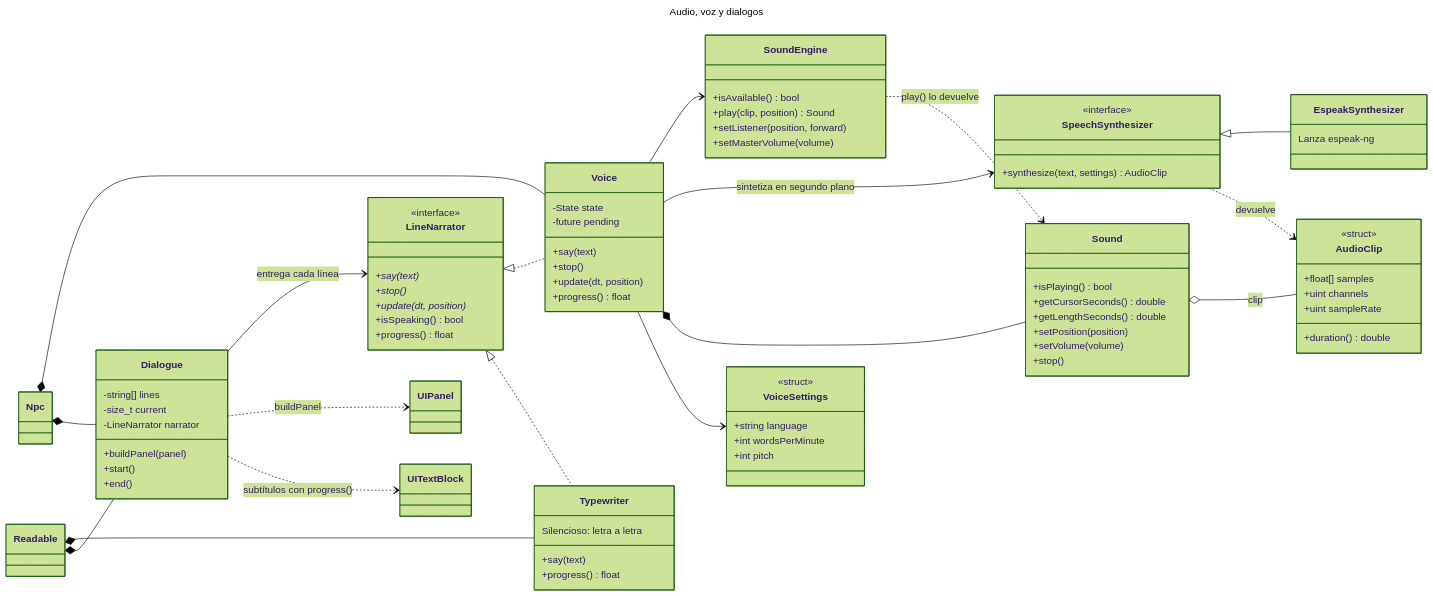
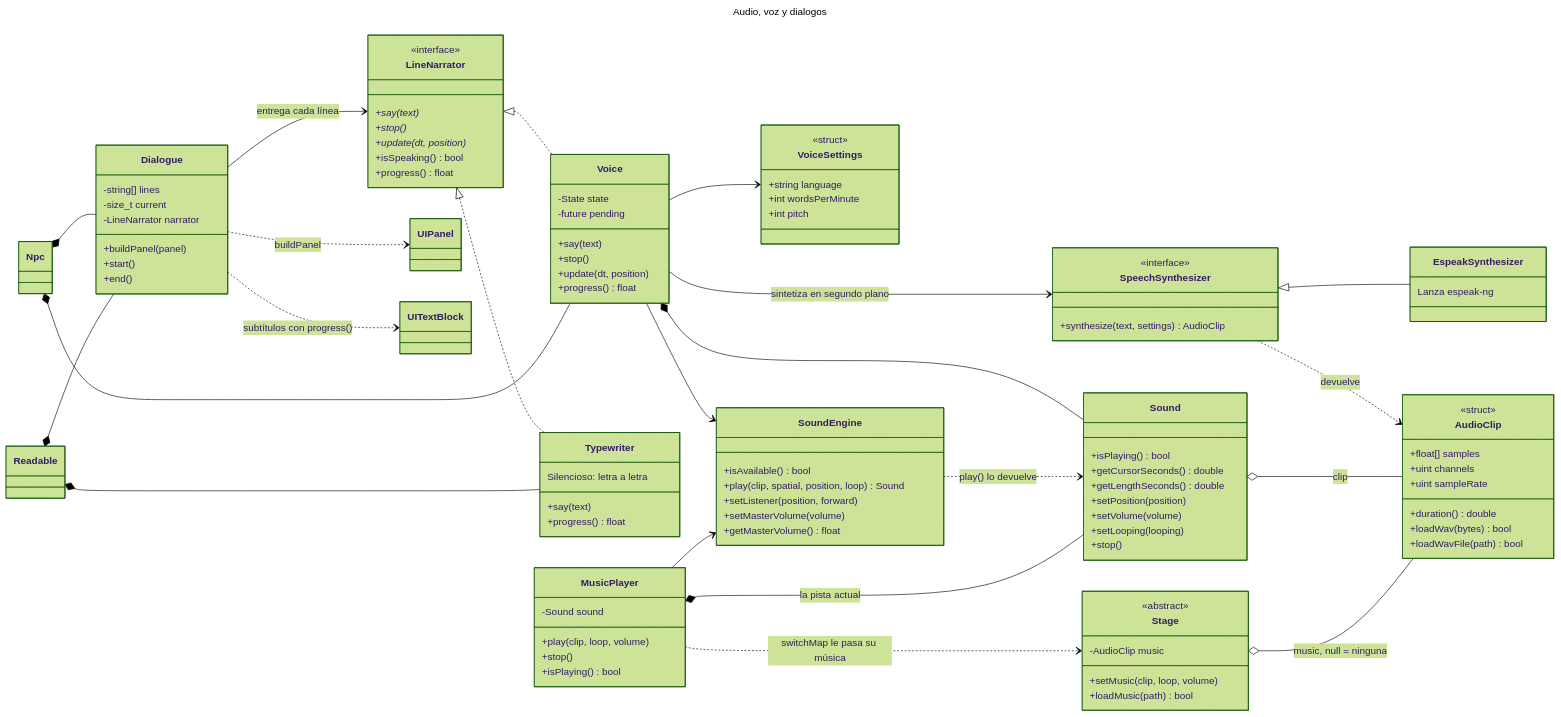
The sixth of 11 diagrams in docs/UML.md (Joselitus/3Dengine), drawn with Mermaid (forest theme) before and after one commit. The commit also changed other lines of this file and 40 other files, not shown here.

```diff
--- a/docs/UML.md
+++ b/docs/UML.md
@@ -743,9 +772,10 @@
     }
     class SoundEngine {
         +isAvailable() bool
-        +play(clip, position) Sound
+        +play(clip, spatial, position, loop) Sound
         +setListener(position, forward)
         +setMasterVolume(volume)
+        +getMasterVolume() float
     }
     class Sound {
         +isPlaying() bool
@@ -753,7 +783,20 @@
         +getLengthSeconds() double
         +setPosition(position)
         +setVolume(volume)
+        +setLooping(looping)
         +stop()
+    }
+    class MusicPlayer {
+        -Sound sound
+        +play(clip, loop, volume)
+        +stop()
+        +isPlaying() bool
+    }
+    class Stage {
+        <<abstract>>
+        -AudioClip music
+        +setMusic(clip, loop, volume)
+        +loadMusic(path) bool
     }
     class AudioClip {
         <<struct>>
@@ -761,6 +804,8 @@
         +uint channels
         +uint sampleRate
         +duration() double
+        +loadWav(bytes) bool
+        +loadWavFile(path) bool
     }
     class Npc
     class Readable
@@ -780,6 +825,10 @@
     SpeechSynthesizer ..> AudioClip : devuelve
     SoundEngine ..> Sound : play() lo devuelve
     Sound o-- AudioClip : clip
+    MusicPlayer --> SoundEngine
+    MusicPlayer *-- Sound : la pista actual
+    Stage o-- AudioClip : music, null = ninguna
+    MusicPlayer ..> Stage : switchMap le pasa su música
     Npc *-- Voice
     Npc *-- Dialogue
     Readable *-- Typewriter
```
